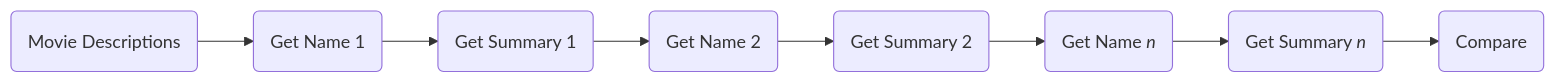
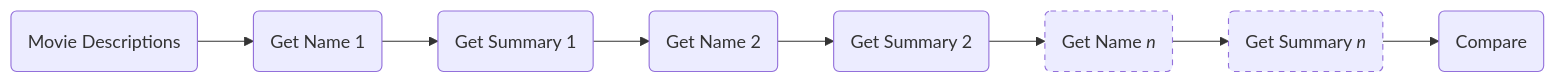
The second of 3 diagrams in docs/200/compare-movies-workflow/02_concepts.md (griptape-ai/griptape-trade-school), drawn with Mermaid before and after one commit. The commit also changed other lines of this file and 55 other files, not shown here.

````diff
--- a/docs/200/compare-movies-workflow/02_concepts.md
+++ b/docs/200/compare-movies-workflow/02_concepts.md
@@ -22,6 +22,9 @@
 ``` mermaid
 graph LR
     A(Movie Descriptions) --> B(Get Name 1) --> D(Get Summary 1) --> E(Get Name 2) 
-    E --> F(Get Summary 2) --> G("Get Name <i>n</i>" ) --> H("Get Summary <i>n</i>") 
+    E --> F(Get Summary 2) --> G("Get Name <i>n</i>" ):::dash --> H("Get Summary <i>n</i>"):::dash 
     H --> I(Compare)
+    
+    classDef dash stroke-dasharray: 5 5
+
 ```
````
